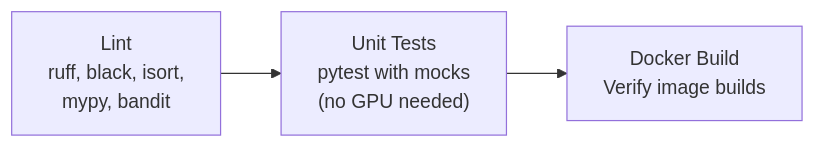
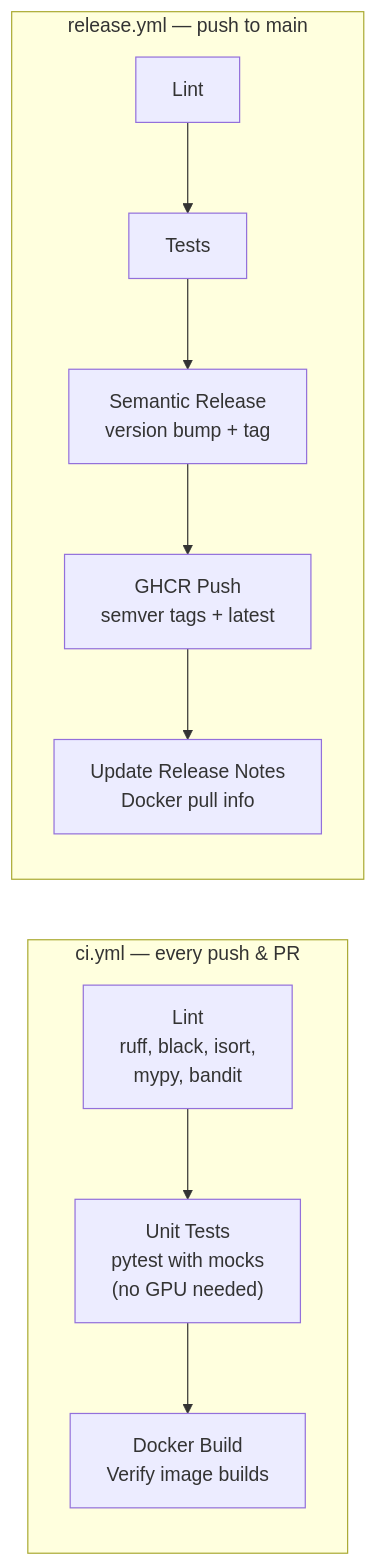
Before and after one commit to JacekZubielik/whisper-unified: the second of 2 diagrams in README.md, drawn with Mermaid. The commit also changed other lines of this file and 8 other files, not shown here.

````diff
--- a/README.md
+++ b/README.md
@@ -170,5 +170,13 @@
 ```mermaid
 flowchart LR
-    Lint["Lint<br/>ruff, black, isort,<br/>mypy, bandit"] --> Test["Unit Tests<br/>pytest with mocks<br/>(no GPU needed)"]
-    Test --> Docker["Docker Build<br/>Verify image builds"]
+    subgraph CI["ci.yml — every push & PR"]
+        CL["Lint<br/>ruff, black, isort,<br/>mypy, bandit"] --> CT["Unit Tests<br/>pytest with mocks<br/>(no GPU needed)"]
+        CT --> CD["Docker Build<br/>Verify image builds"]
+    end
+    subgraph Release["release.yml — push to main"]
+        RL["Lint"] --> RT["Tests"]
+        RT --> SR["Semantic Release<br/>version bump + tag"]
+        SR --> GHCR["GHCR Push<br/>semver tags + latest"]
+        GHCR --> RN["Update Release Notes<br/>Docker pull info"]
+    end
 ```
````
